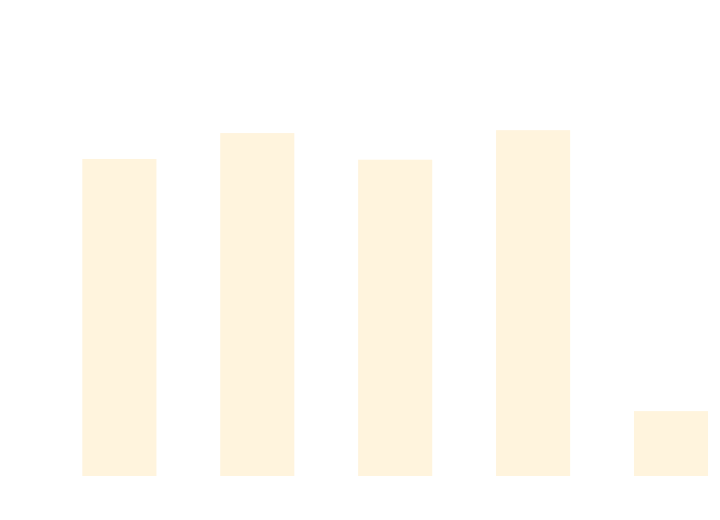
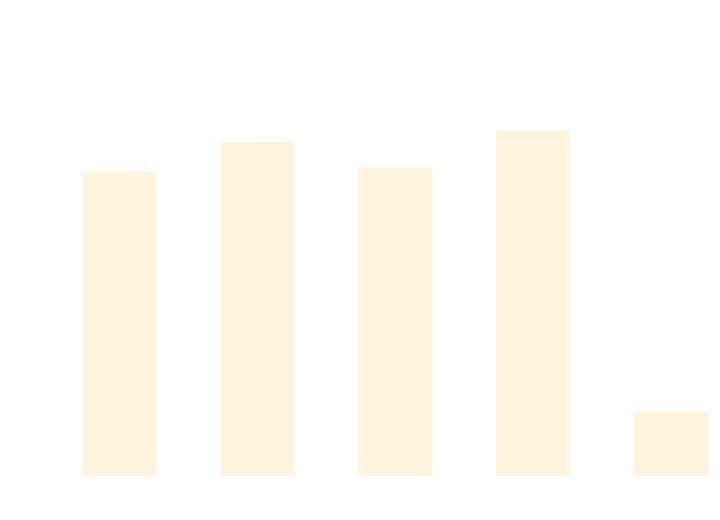
Before and after one commit to thomhurst/TUnit: the diagram in docs/docs/benchmarks/AsyncTests.md, drawn with Mermaid. The commit also changed other lines of this file and 16 other files, not shown here.

````diff
--- a/docs/docs/benchmarks/AsyncTests.md
+++ b/docs/docs/benchmarks/AsyncTests.md
@@ -27,37 +27,37 @@
 ```mermaid
 %%{init: {
   'theme':'base',
   'themeVariables': {
     'primaryColor': '#2563eb',
     'primaryTextColor': '#ffffff',
     'primaryBorderColor': '#1e40af',
     'lineColor': '#6b7280',
     'secondaryColor': '#7c3aed',
     'tertiaryColor': '#dc2626',
     'background': '#ffffff',
     'mainBkg': '#2563eb',
     'secondBkg': '#7c3aed',
     'tertiaryBkg': '#dc2626',
     'clusterBkg': '#f3f4f6',
     'edgeLabelBackground': '#ffffff',
     'tertiaryTextColor': '#1f2937',
     'pie1': '#2563eb',
     'pie2': '#7c3aed',
     'pie3': '#dc2626',
     'pie4': '#f59e0b',
     'pie5': '#10b981',
     'pie6': '#06b6d4',
     'pie7': '#ec4899',
     'pie8': '#6366f1',
     'pie9': '#84cc16',
     'pie10': '#f97316',
     'pie11': '#14b8a6',
     'pie12': '#a855f7'
   }
 }}%%
 xychart-beta
   title "AsyncTests Performance Comparison"
   x-axis ["TUnit", "NUnit", "MSTest", "xUnit3", "TUnit_AOT"]
-  y-axis "Time (ms)" 0 --> 890
-  bar [678, 734.9, 676.4, 741.3, 123.9]
+  y-axis "Time (ms)" 0 --> 894
+  bar [653.1, 719.6, 663.7, 744.8, 123.2]
 ```
````
